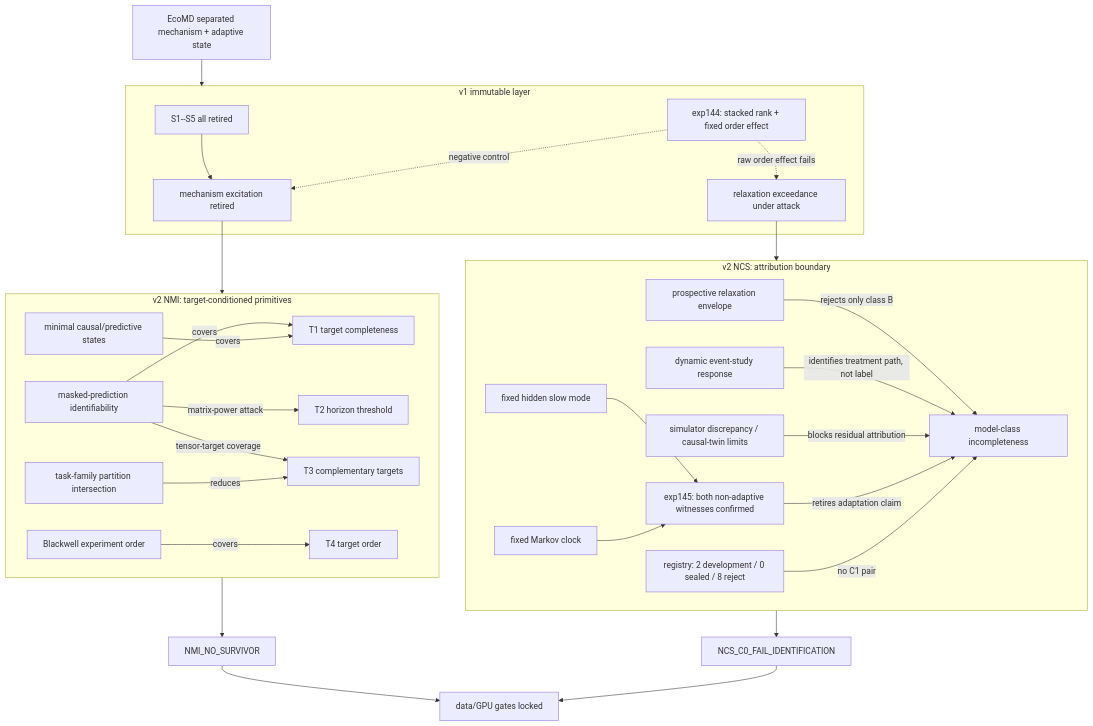
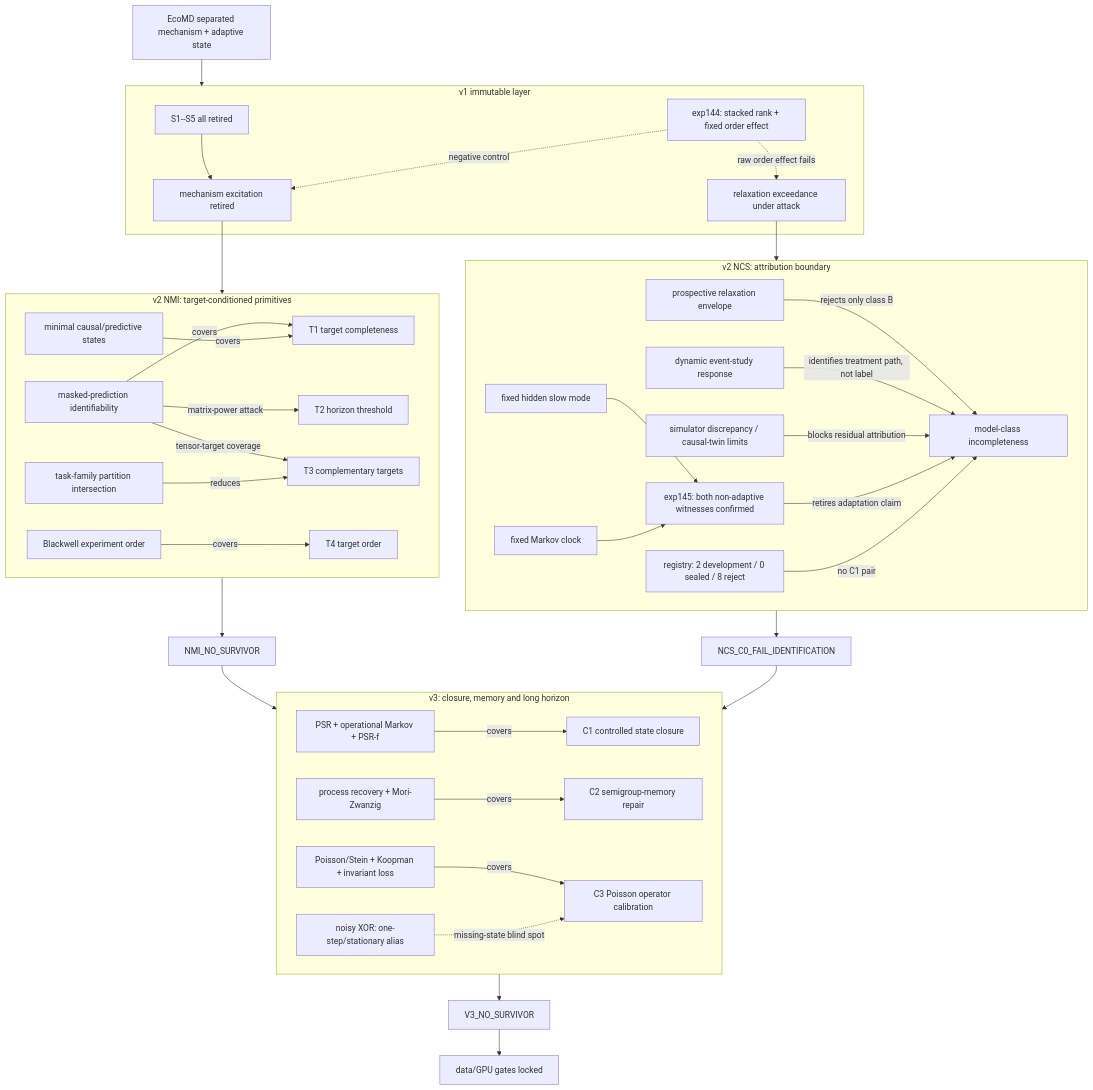
Before and after one commit to howardwang1997/ecophys: the diagram in research/theory_exploration/knowledge_graph.md, drawn with Mermaid. The commit also changed other lines of this file and 11 other files, not shown here.

````diff
--- a/research/theory_exploration/knowledge_graph.md
+++ b/research/theory_exploration/knowledge_graph.md
@@ -12,57 +12,73 @@
 ```mermaid
 flowchart TB
     ROOT["EcoMD separated mechanism + adaptive state"]
 
     subgraph V1["v1 immutable layer"]
         S15["S1--S5 all retired"]
         NMI1["mechanism excitation retired"]
         NCS1["relaxation exceedance under attack"]
         E144["exp144: stacked rank + fixed order effect"]
         S15 --> NMI1
         E144 -. "negative control" .-> NMI1
         E144 -. "raw order effect fails" .-> NCS1
     end
 
     ROOT --> V1
 
     subgraph NMI2["v2 NMI: target-conditioned primitives"]
         T1["T1 target completeness"]
         T2["T2 horizon threshold"]
         T3["T3 complementary targets"]
         T4["T4 target order"]
         MASK["masked-prediction identifiability"]
         CAUSAL["minimal causal/predictive states"]
         BLACK["Blackwell experiment order"]
         PART["task-family partition intersection"]
         MASK -->|covers| T1
         MASK -->|matrix-power attack| T2
         MASK -->|tensor-target coverage| T3
         CAUSAL -->|covers| T1
         PART -->|reduces| T3
         BLACK -->|covers| T4
     end
 
     subgraph NCS2["v2 NCS: attribution boundary"]
         ENV["prospective relaxation envelope"]
         DYN["dynamic event-study response"]
         DISC["simulator discrepancy / causal-twin limits"]
         SLOW["fixed hidden slow mode"]
         CLOCK["fixed Markov clock"]
         E145["exp145: both non-adaptive witnesses confirmed"]
         REG["registry: 2 development / 0 sealed / 8 reject"]
         ENV -->|rejects only class B| CLASS["model-class incompleteness"]
         DYN -->|identifies treatment path, not label| CLASS
         DISC -->|blocks residual attribution| CLASS
         SLOW --> E145
         CLOCK --> E145
         E145 -->|retires adaptation claim| CLASS
         REG -->|no C1 pair| CLASS
     end
 
+    subgraph V3["v3: closure, memory and long horizon"]
+        C1["C1 controlled state closure"]
+        C2["C2 semigroup-memory repair"]
+        C3["C3 Poisson operator calibration"]
+        PSR["PSR + operational Markov + PSR-f"]
+        MZ["process recovery + Mori-Zwanzig"]
+        POIS["Poisson/Stein + Koopman + invariant loss"]
+        XOR["noisy XOR: one-step/stationary alias"]
+        PSR -->|covers| C1
+        MZ -->|covers| C2
+        POIS -->|covers| C3
+        XOR -. "missing-state blind spot" .-> C3
+    end
+
     NMI1 --> NMI2
     NCS1 --> NCS2
     NMI2 --> DNMI["NMI_NO_SURVIVOR"]
     NCS2 --> DNCS["NCS_C0_FAIL_IDENTIFICATION"]
-    DNMI --> LOCK["data/GPU gates locked"]
-    DNCS --> LOCK
+    DNMI --> V3
+    DNCS --> V3
+    V3 --> DV3["V3_NO_SURVIVOR"]
+    DV3 --> LOCK["data/GPU gates locked"]
 ```
````
